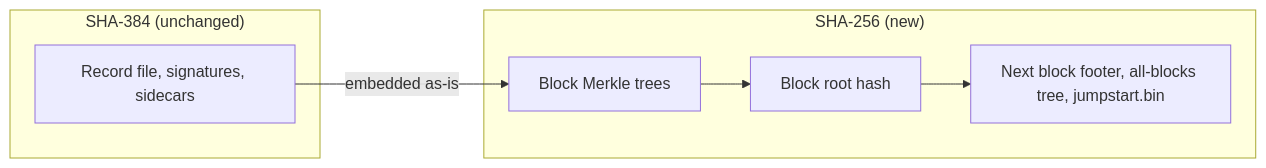
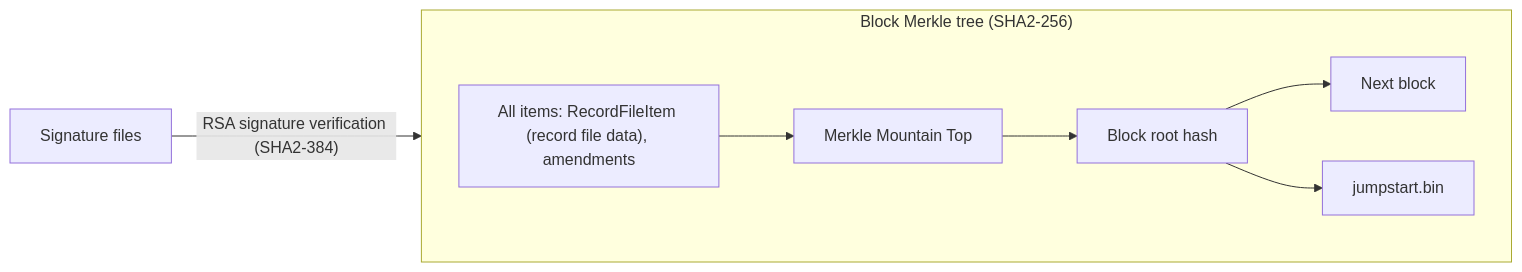
One commit to hiero-ledger/hiero-block-node changed the first of 2 diagrams in docs/design/change-cli-wrap-algorithm.md. Above: the diagram before and after it, drawn with Mermaid. The commit also changed other lines of this file and 1 other file, not shown here.

Commit message:
No SHA-384 hashing option, simplified design

````diff
--- a/docs/design/change-cli-wrap-algorithm.md
+++ b/docs/design/change-cli-wrap-algorithm.md
@@ -184,11 +127,12 @@
 ```mermaid
 flowchart LR
-    subgraph R["SHA-384 (unchanged)"]
-        RF[Record file, signatures, sidecars]
+    SIG[Signature files]
+    subgraph B["Block Merkle tree (SHA2-256)"]
+        direction LR
+        IT["All items: RecordFileItem (record file data), amendments"] --> MMT[Merkle Mountain Top]
+        MMT --> BR[Block root hash]
+        BR --> NB[Next block]
+        BR --> J[jumpstart.bin]
     end
-    subgraph B["SHA-256 (new)"]
-        T[Block Merkle trees] --> BR[Block root hash]
-        BR --> F["Next block footer, all-blocks tree, jumpstart.bin"]
-    end
-    RF -- embedded as-is --> T
+    SIG -- "RSA signature verification (SHA2-384)" --> IT
 ```
````
